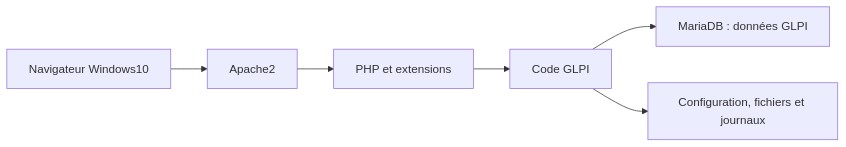
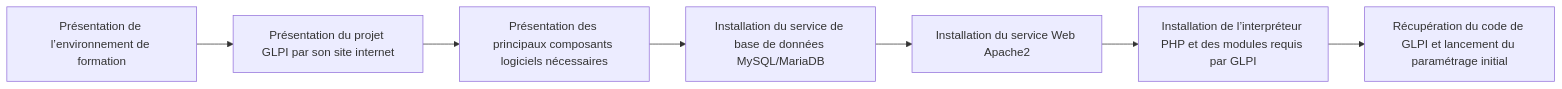
The second of 5 diagrams in docs/modules/07-administration-glpi/module-01-presentation-de-l-environnement-installation-de-glpi.md (sk34pk25/tssr-cours), drawn with Mermaid before and after one commit. The commit also changed other lines of this file and 5 other files, not shown here.

````diff
--- a/docs/modules/07-administration-glpi/module-01-presentation-de-l-environnement-installation-de-glpi.md
+++ b/docs/modules/07-administration-glpi/module-01-presentation-de-l-environnement-installation-de-glpi.md
@@ -17,8 +36,16 @@
 ```mermaid
 flowchart LR
-    W["Navigateur Windows10"] --> A["Apache2"]
-    A --> P["PHP et extensions"]
-    P --> G["Code GLPI"]
-    G --> B["MariaDB : données GLPI"]
-    G --> F["Configuration, fichiers et journaux"]
+    N1["Présentation de l’environnement de formation"]
+    N2["Présentation du projet GLPI par son site internet"]
+    N3["Présentation des principaux composants logiciels nécessaires"]
+    N4["Installation du service de base de données MySQL/MariaDB"]
+    N5["Installation du service Web Apache2"]
+    N6["Installation de l’interpréteur PHP et des modules requis par GLPI"]
+    N7["Récupération du code de GLPI et lancement du paramétrage initial"]
+    N1 --> N2
+    N2 --> N3
+    N3 --> N4
+    N4 --> N5
+    N5 --> N6
+    N6 --> N7
 ```
````
